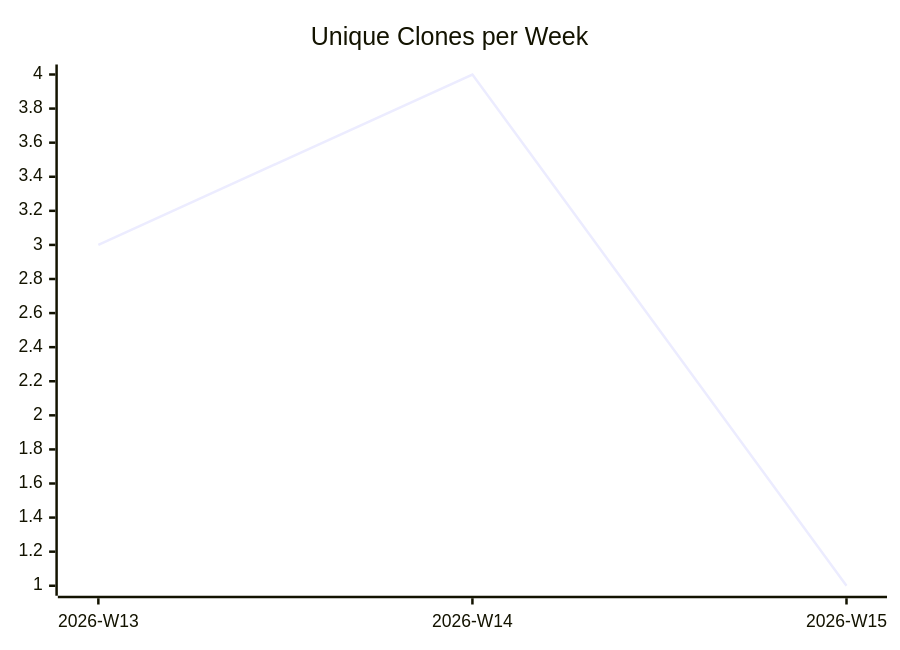
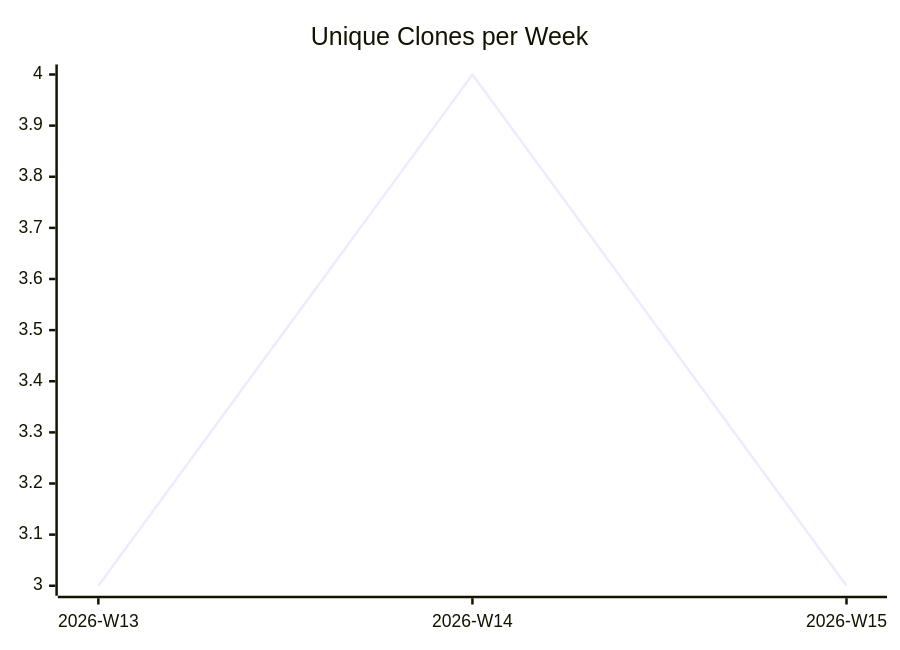
The third of 3 diagrams in karlmdavis/justdavis-karl/README.md (justdavis-family/github-analytics-data), drawn with Mermaid before and after one commit. The commit also changed other lines of this file and 157 other files, not shown here.

````diff
--- a/karlmdavis/justdavis-karl/README.md
+++ b/karlmdavis/justdavis-karl/README.md
@@ -19,6 +19,6 @@
 ```mermaid
 xychart-beta
   title "Unique Clones per Week"
   x-axis ["2026-W13", "2026-W14", "2026-W15"]
-  line [3, 4, 1]
+  line [3, 4, 3]
 ```
````
